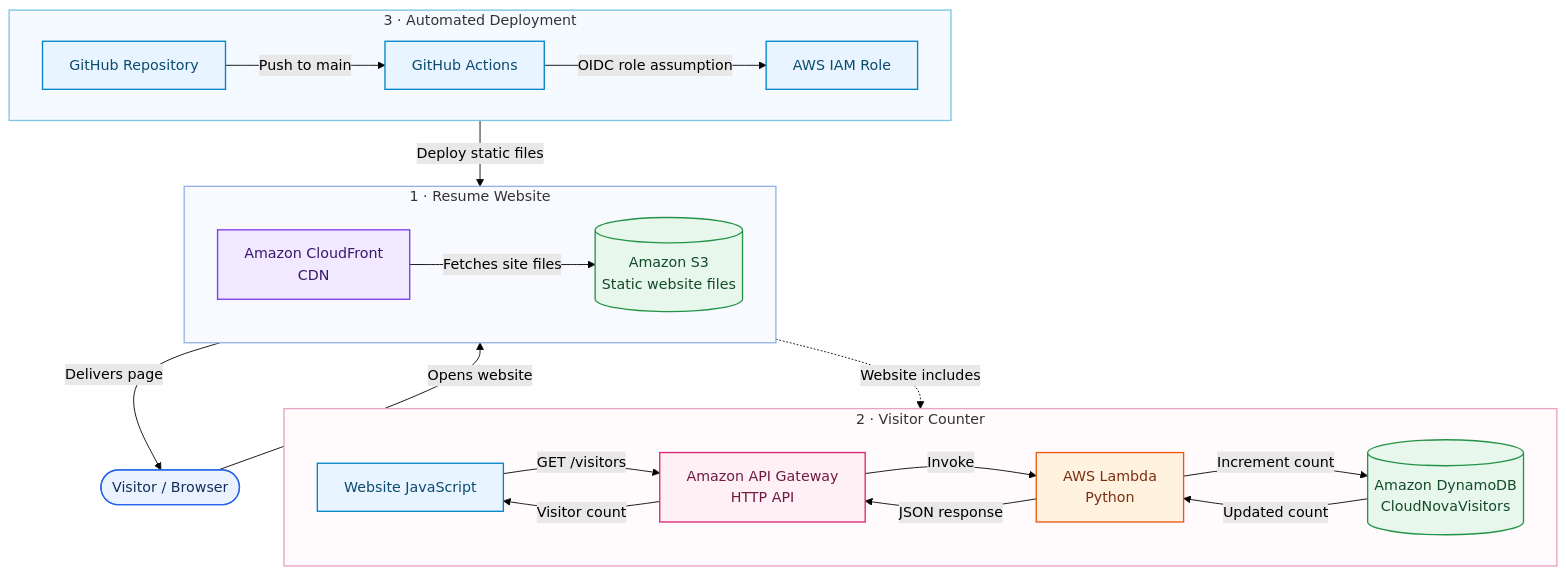
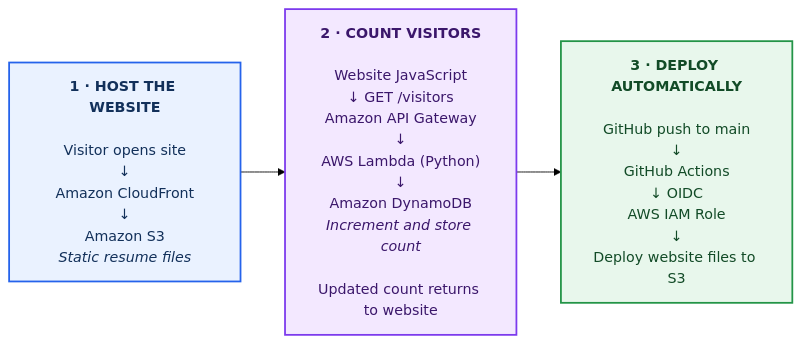
Before and after one commit to nikhilmastud/CloudNova-Serverless-Resume: the diagram in docs/architecture.md, drawn with Mermaid (forest theme). The commit also changed other lines of this file, not shown here.

Commit message:
Restructure architecture as numbered stages

````diff
--- a/docs/architecture.md
+++ b/docs/architecture.md
@@ -5,48 +5,16 @@
 ```mermaid
-flowchart TB
-    Visitor([Visitor / Browser])
+flowchart LR
+    S1["<b>1 · HOST THE WEBSITE</b><br/><br/>Visitor opens site<br/>↓<br/>Amazon CloudFront<br/>↓<br/>Amazon S3<br/><i>Static resume files</i>"]
+    S2["<b>2 · COUNT VISITORS</b><br/><br/>Website JavaScript<br/>↓ GET /visitors<br/>Amazon API Gateway<br/>↓<br/>AWS Lambda (Python)<br/>↓<br/>Amazon DynamoDB<br/><i>Increment and store count</i><br/><br/>Updated count returns to website"]
+    S3["<b>3 · DEPLOY AUTOMATICALLY</b><br/><br/>GitHub push to main<br/>↓<br/>GitHub Actions<br/>↓ OIDC<br/>AWS IAM Role<br/>↓<br/>Deploy website files to S3"]
 
-    subgraph WEB["1 · Resume Website"]
-      direction LR
-      CF["Amazon CloudFront<br/>CDN"] -->|"Fetches site files"| S3[("Amazon S3<br/>Static website files")]
-    end
+    S1 --> S2 --> S3
 
-    subgraph COUNT["2 · Visitor Counter"]
-      direction LR
-      FE["Website JavaScript"] -->|"GET /visitors"| API["Amazon API Gateway<br/>HTTP API"]
-      API -->|"Invoke"| Lambda["AWS Lambda<br/>Python"]
-      Lambda -->|"Increment count"| DB[("Amazon DynamoDB<br/>CloudNovaVisitors")]
-      DB -->|"Updated count"| Lambda
-      Lambda -->|"JSON response"| API
-      API -->|"Visitor count"| FE
-    end
+    classDef website fill:#EAF2FF,stroke:#2563EB,color:#12305A,stroke-width:2px;
+    classDef counter fill:#F3E8FF,stroke:#7C3AED,color:#3B176B,stroke-width:2px;
+    classDef deploy fill:#E8F7EC,stroke:#239447,color:#124B27,stroke-width:2px;
 
-    Visitor -->|"Opens website"| CF
-    CF -->|"Delivers page"| Visitor
-    S3 -.->|"Website includes"| FE
-
-    subgraph CICD["3 · Automated Deployment"]
-      direction LR
-      GitHub["GitHub Repository"] -->|"Push to main"| Actions["GitHub Actions"]
-      Actions -->|"OIDC role assumption"| IAM["AWS IAM Role"]
-      IAM -->|"Deploy static files"| S3
-    end
-
-    classDef visitor fill:#EAF2FF,stroke:#2563EB,color:#12305A,stroke-width:1.5px;
-    classDef edge fill:#F0E9FF,stroke:#7C3AED,color:#3B176B,stroke-width:1.5px;
-    classDef storage fill:#E8F7EC,stroke:#239447,color:#124B27,stroke-width:1.5px;
-    classDef api fill:#FFF0F5,stroke:#DB2777,color:#701A43,stroke-width:1.5px;
-    classDef compute fill:#FFF3E0,stroke:#EA580C,color:#7C2D12,stroke-width:1.5px;
-    classDef deploy fill:#E8F4FF,stroke:#0284C7,color:#0C4A6E,stroke-width:1.5px;
-
-    class Visitor visitor;
-    class CF edge;
-    class S3,DB storage;
-    class API api;
-    class Lambda compute;
-    class FE,GitHub,Actions,IAM deploy;
-
-    style WEB fill:#F8FAFF,stroke:#93B4E8,stroke-width:1.5px
-    style COUNT fill:#FFFAFC,stroke:#E9A3C4,stroke-width:1.5px
-    style CICD fill:#F4FAFF,stroke:#7CC4E8,stroke-width:1.5px
+    class S1 website;
+    class S2 counter;
+    class S3 deploy;
 ```
````
